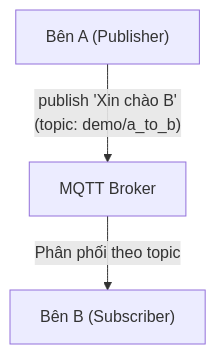
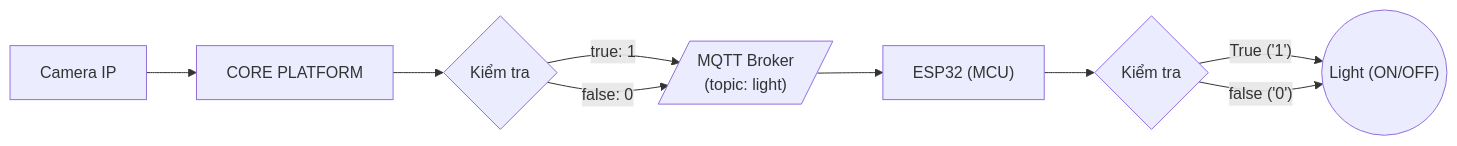
One commit to NguyenThaiDuong1929/mqtt-nodered-camera changed the diagram in README.md. Above: the diagram before and after it, drawn with Mermaid. The commit also changed other lines of this file and 11 other files, not shown here.

Commit message:
Add Camera IP -> CORE PLATFORM -> MQTT (topic: light) -> ESP32 -> Light model

````diff
--- a/README.md
+++ b/README.md
@@ -11,5 +58,11 @@
 ```mermaid
-flowchart TD
-    A["Bên A (Publisher)"] -- "publish 'Xin chào B'<br/>(topic: demo/a_to_b)" --> Broker["MQTT Broker"]
-    Broker -- "Phân phối theo topic" --> B["Bên B (Subscriber)"]
+flowchart LR
+    Cam["Camera IP"] --> Core["CORE PLATFORM"]
+    Core --> Cond1{"Kiểm tra"}
+    Cond1 -- "true: 1" --> MQTT[/"MQTT Broker<br/>(topic: light)"/]
+    Cond1 -- "false: 0" --> MQTT
+    MQTT --> ESP32["ESP32 (MCU)"]
+    ESP32 --> Cond2{"Kiểm tra"}
+    Cond2 -- "True ('1')" --> Light(("Light (ON/OFF)"))
+    Cond2 -- "false ('0')" --> Light
 ```
````
